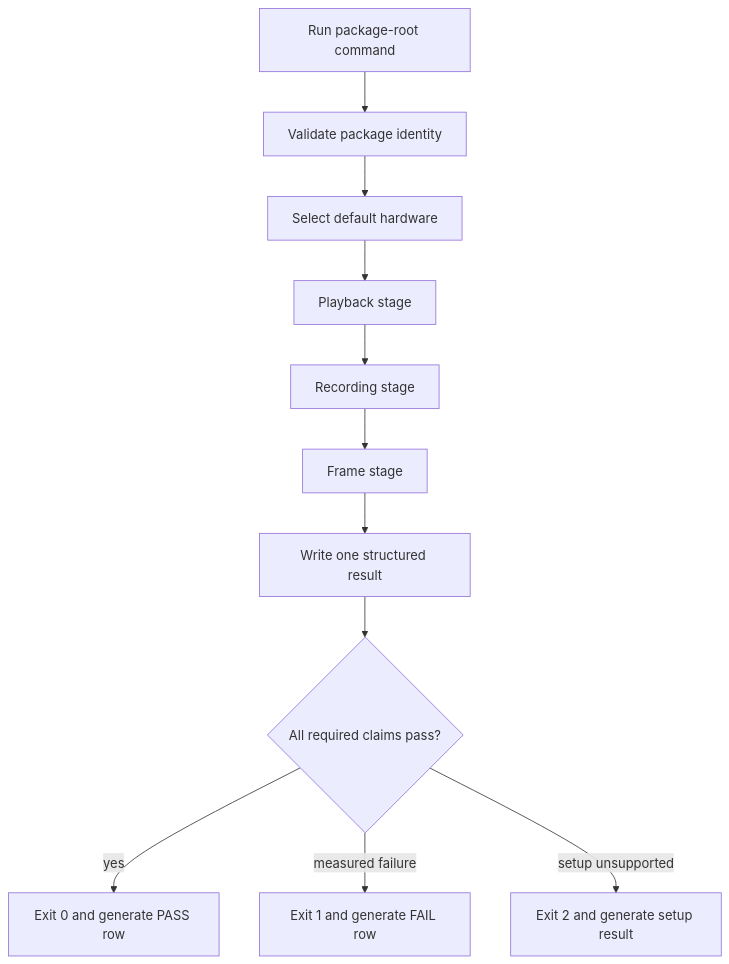
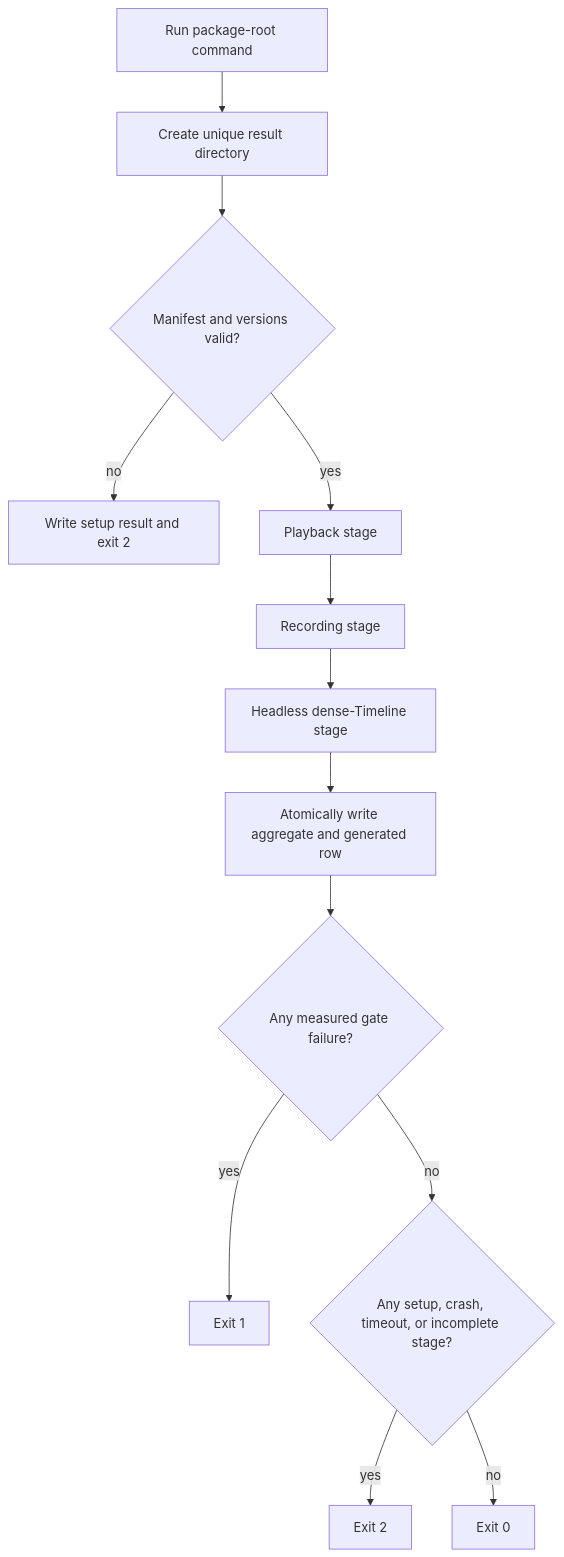
The first of 2 diagrams in docs/plans/2026-07-28-h17-packaged-hardware-verifier-plan.md (DanielKinsner/yes-daw), drawn with Mermaid before and after one commit. The commit also changed other lines of this file and 2 other files, not shown here.

````diff
--- a/docs/plans/2026-07-28-h17-packaged-hardware-verifier-plan.md
+++ b/docs/plans/2026-07-28-h17-packaged-hardware-verifier-plan.md
@@ -116,13 +134,15 @@
 ```mermaid
 flowchart TB
-  A["Run package-root command"] --> B["Validate package identity"]
-  B --> C["Select default hardware"]
-  C --> D["Playback stage"]
-  D --> E["Recording stage"]
-  E --> F["Frame stage"]
-  F --> G["Write one structured result"]
-  G --> H{"All required claims pass?"}
-  H -->|yes| I["Exit 0 and generate PASS row"]
-  H -->|measured failure| J["Exit 1 and generate FAIL row"]
-  H -->|setup unsupported| K["Exit 2 and generate setup result"]
+  A["Run package-root command"] --> B["Create unique result directory"]
+  B --> C{"Manifest and versions valid?"}
+  C -->|no| D["Write setup result and exit 2"]
+  C -->|yes| E["Playback stage"]
+  E --> F["Recording stage"]
+  F --> G["Headless dense-Timeline stage"]
+  G --> H["Atomically write aggregate and generated row"]
+  H --> I{"Any measured gate failure?"}
+  I -->|yes| J["Exit 1"]
+  I -->|no| K{"Any setup, crash, timeout, or incomplete stage?"}
+  K -->|yes| L["Exit 2"]
+  K -->|no| M["Exit 0"]
 ```
````
